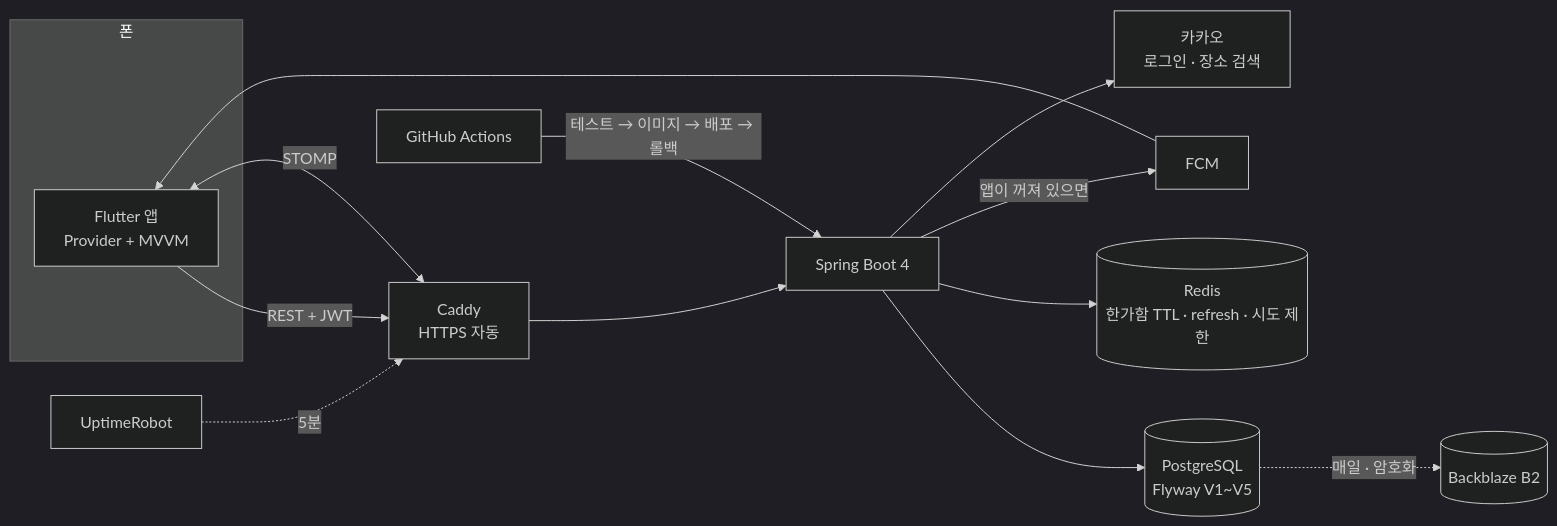
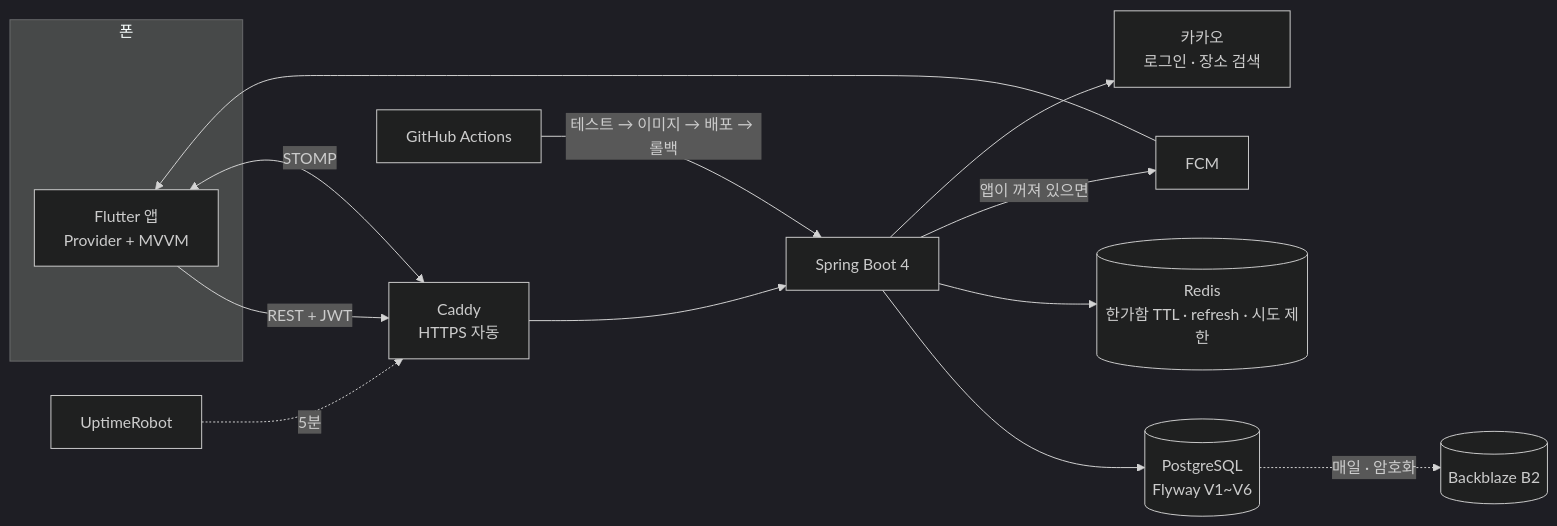
Before and after one commit to pyosunyoung/tuk-app: the diagram in docs/OVERVIEW.md, drawn with Mermaid (dark theme). The commit also changed other lines of this file, not shown here.

Commit message:
docs: OVERVIEW 서버 테스트 146 · Flyway V6

````diff
--- a/docs/OVERVIEW.md
+++ b/docs/OVERVIEW.md
@@ -33,16 +33,16 @@
 ```mermaid
 flowchart LR
     subgraph 폰
       App[Flutter 앱<br>Provider + MVVM]
     end
     App -->|REST + JWT| Caddy
     App <-->|STOMP| Caddy
     Caddy[Caddy<br>HTTPS 자동] --> API[Spring Boot 4]
-    API --> PG[(PostgreSQL<br>Flyway V1~V5)]
+    API --> PG[(PostgreSQL<br>Flyway V1~V6)]
     API --> R[(Redis<br>한가함 TTL · refresh · 시도 제한)]
     API -->|앱이 꺼져 있으면| FCM --> App
     API --> Kakao[카카오<br>로그인 · 장소 검색]
     GH[GitHub Actions] -->|테스트 → 이미지 → 배포 → 롤백| API
     PG -. 매일 · 암호화 .-> B2[(Backblaze B2)]
     UR[UptimeRobot] -. 5분 .-> Caddy
 ```
````
